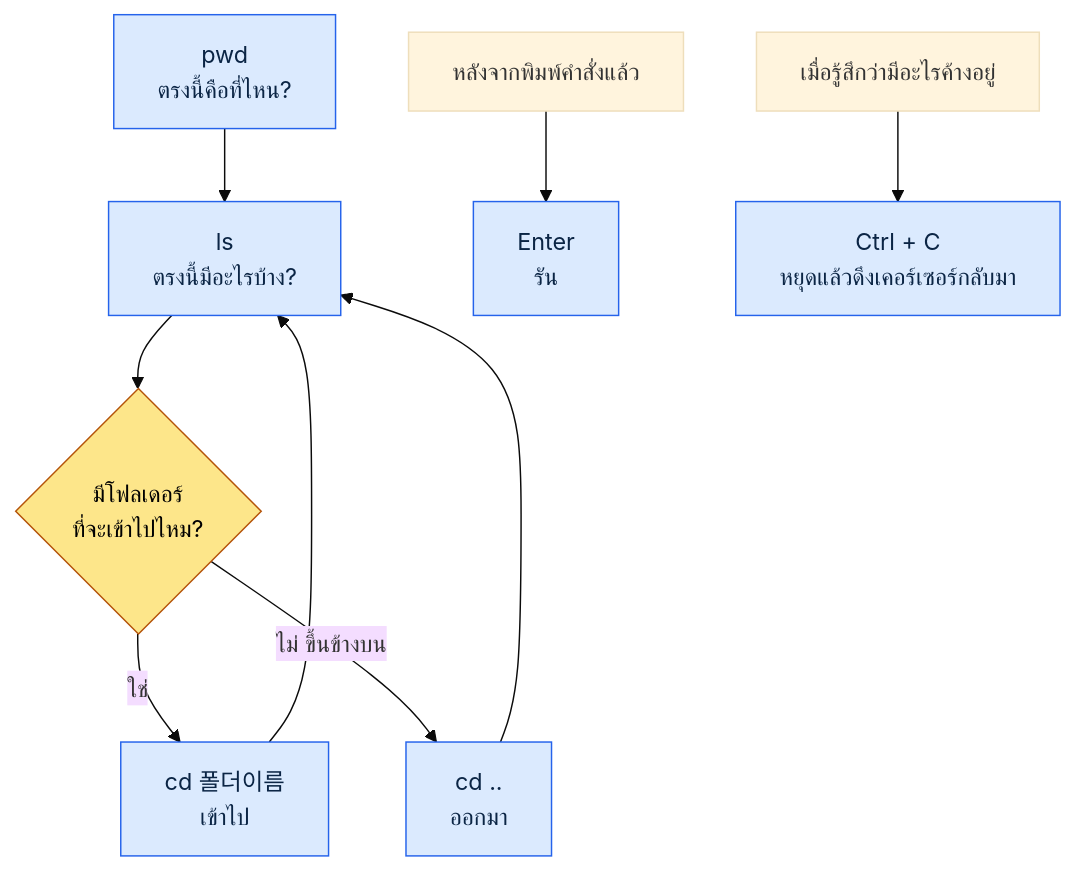
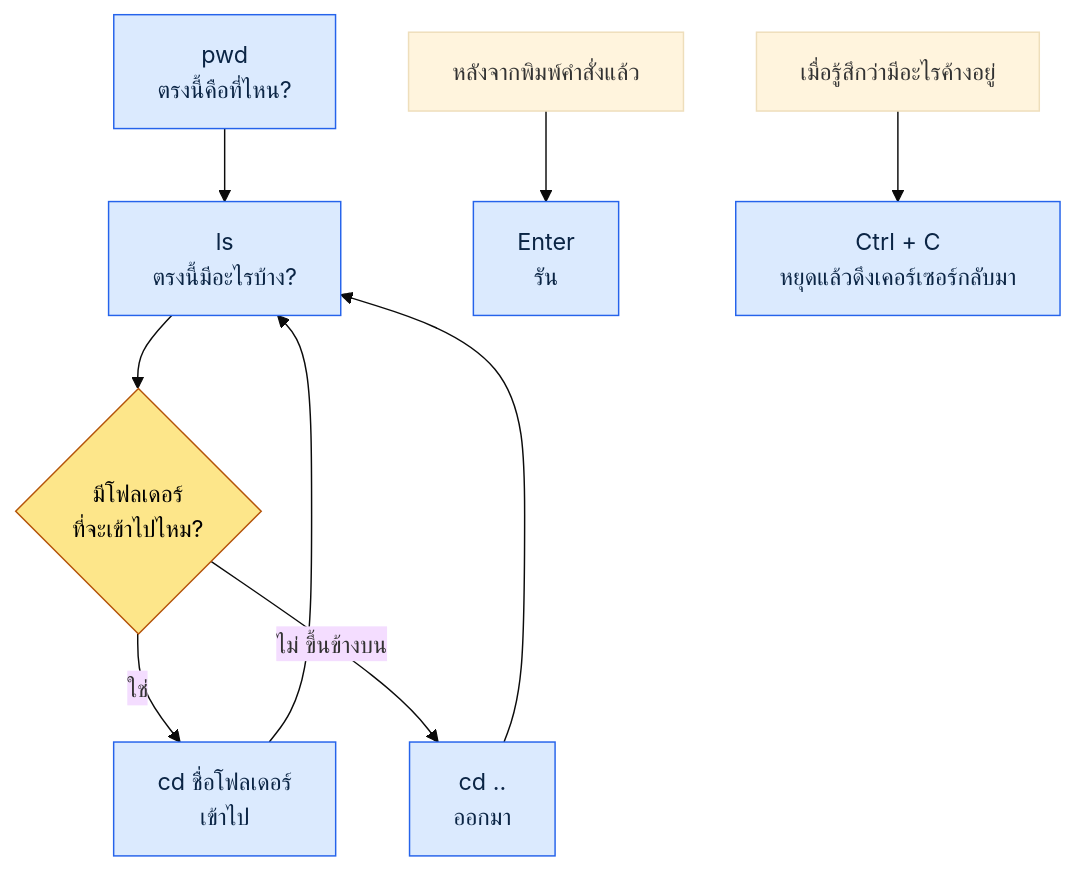
The second of 3 diagrams in manuscript/part01-foundation/chapter-0-setup-survival-kit.md (eremes81/game-design-ai-practice-th), drawn with Mermaid (base theme) before and after one commit. The commit also changed other lines of this file and 64 other files, not shown here.

````diff
--- a/manuscript/part01-foundation/chapter-0-setup-survival-kit.md
+++ b/manuscript/part01-foundation/chapter-0-setup-survival-kit.md
@@ -108,15 +108,15 @@
 ```mermaid
 flowchart TD
     Q["pwd<br/>ตรงนี้คือที่ไหน?"] --> L["ls<br/>ตรงนี้มีอะไรบ้าง?"]
     L --> D{"มีโฟลเดอร์<br/>ที่จะเข้าไปไหม?"}
-    D -- "ใช่" --> IN["cd 폴더이름<br/>เข้าไป"]
+    D -- "ใช่" --> IN["cd ชื่อโฟลเดอร์<br/>เข้าไป"]
     D -- "ไม่ ขึ้นข้างบน" --> UP["cd ..<br/>ออกมา"]
     IN --> L
     UP --> L
     RUN["หลังจากพิมพ์คำสั่งแล้ว"] --> ENT["Enter<br/>รัน"]
     STUCK["เมื่อรู้สึกว่ามีอะไรค้างอยู่"] --> STOP["Ctrl + C<br/>หยุดแล้วดึงเคอร์เซอร์กลับมา"]
     classDef code fill:#dbeafe,stroke:#2563eb,color:#0b2545;
     classDef human fill:#fde68a,stroke:#b45309,color:#000;
     class Q,L,IN,UP,ENT,STOP code
     class D human
 ```
````
